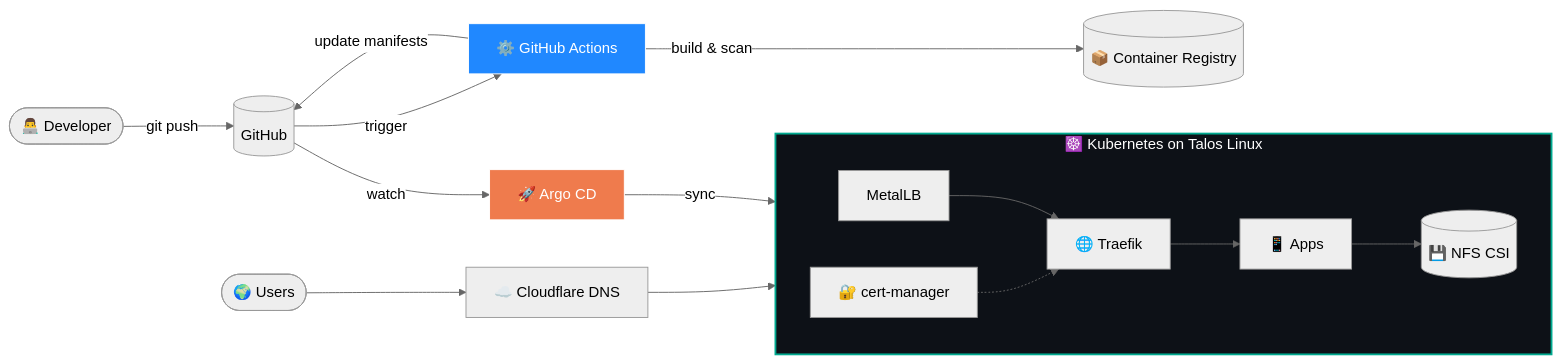
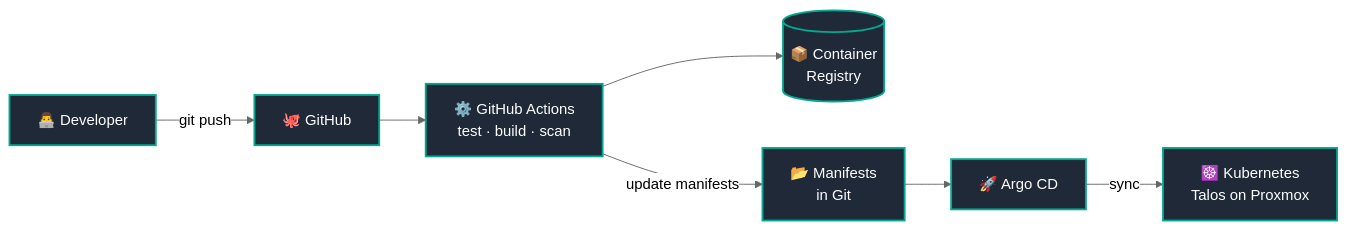
One commit to ZahaanMahajan/ZahaanMahajan changed the first of 2 diagrams in README.md. Above: the diagram before and after it, drawn with Mermaid (neutral theme). The commit also changed other lines of this file, not shown here.

Commit message:
Enhance README with diagrams and contribution activity
Added delivery pipeline and traffic flow diagrams to README.

````diff
--- a/README.md
+++ b/README.md
@@ -121,24 +123,12 @@
 ```mermaid
 flowchart LR
-    DEV([👨‍💻 Developer]) -->|git push| GH[(GitHub)]
-    GH -->|trigger| CI[⚙️ GitHub Actions]
-    CI -->|build & scan| REG[(📦 Container Registry)]
-    CI -->|update manifests| GH
-    GH -->|watch| ARGO[🚀 Argo CD]
-    ARGO -->|sync| K8S
+    DEV["👨‍💻 Developer"] -->|git push| GH["🐙 GitHub"]
+    GH --> CI["⚙️ GitHub Actions<br/>test · build · scan"]
+    CI --> REG[("📦 Container<br/>Registry")]
+    CI -->|update manifests| GIT["📂 Manifests<br/>in Git"]
+    GIT --> ARGO["🚀 Argo CD"]
+    ARGO -->|sync| K8S["☸️ Kubernetes<br/>Talos on Proxmox"]
 
-    subgraph K8S [☸️ Kubernetes on Talos Linux]
-        direction LR
-        TR[🌐 Traefik] --> APP[📱 Apps]
-        MLB[MetalLB] --> TR
-        CM[🔐 cert-manager] -.-> TR
-        APP --> NFS[(💾 NFS CSI)]
-    end
-
-    CF[☁️ Cloudflare DNS] --> MLB
-    USER([🌍 Users]) --> CF
-
-    style K8S fill:#0d1117,stroke:#00A98F,stroke-width:2px,color:#fff
-    style ARGO fill:#EF7B4D,stroke:#fff,color:#fff
-    style CI fill:#2088FF,stroke:#fff,color:#fff
+    classDef node fill:#1f2937,stroke:#00A98F,stroke-width:2px,color:#ffffff
+    class DEV,GH,CI,REG,GIT,ARGO,K8S node
 ```
````
